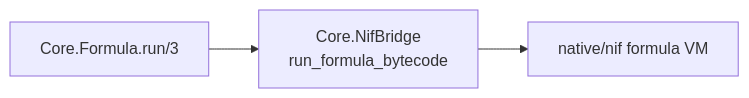
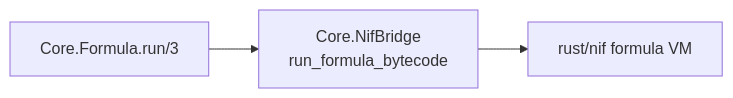
Before and after one commit to FRICK-ELDY/alchemy-engine: the third of 9 diagrams in docs/architecture/overview.md, drawn with Mermaid. The commit also changed other lines of this file and 122 other files, not shown here.

````diff
--- a/docs/architecture/overview.md
+++ b/docs/architecture/overview.md
@@ -147,9 +149,9 @@
 ```mermaid
 graph LR
     CF[Core.Formula.run/3]
     NB[Core.NifBridge<br/>run_formula_bytecode]
-    VM[native/nif formula VM]
+    VM[rust/nif formula VM]
 
     CF --> NB
     NB --> VM
 ```
````
